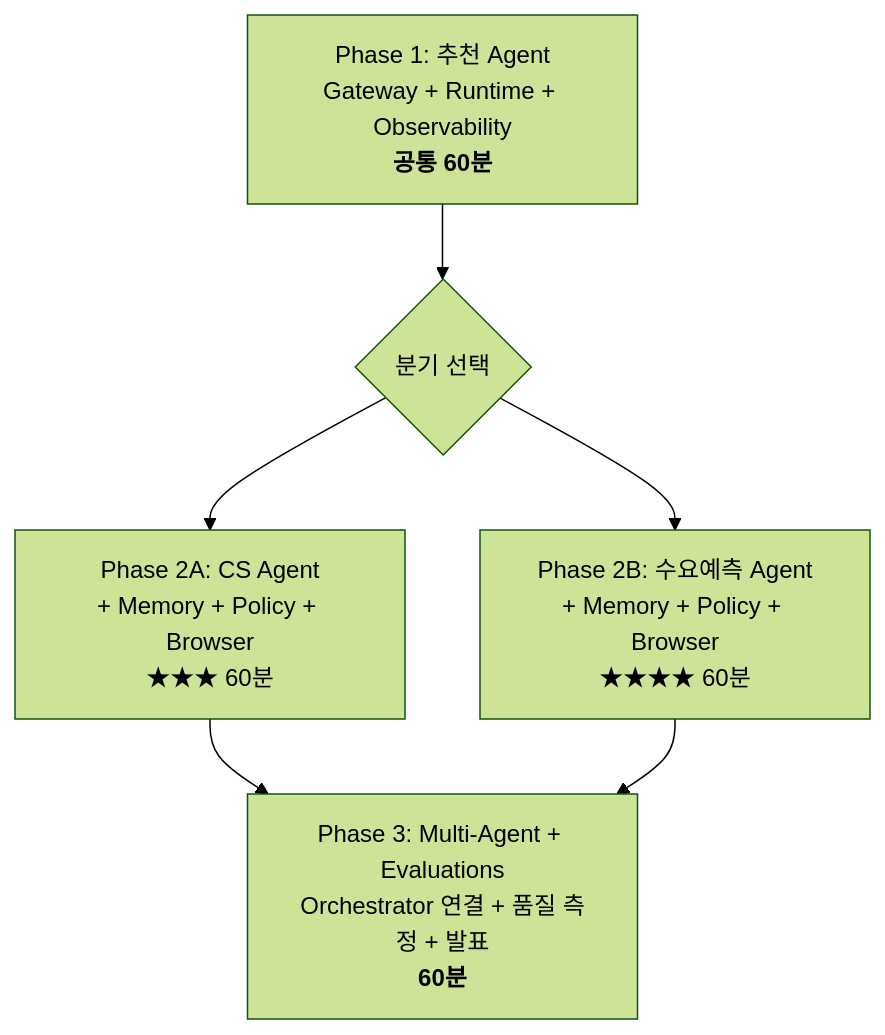
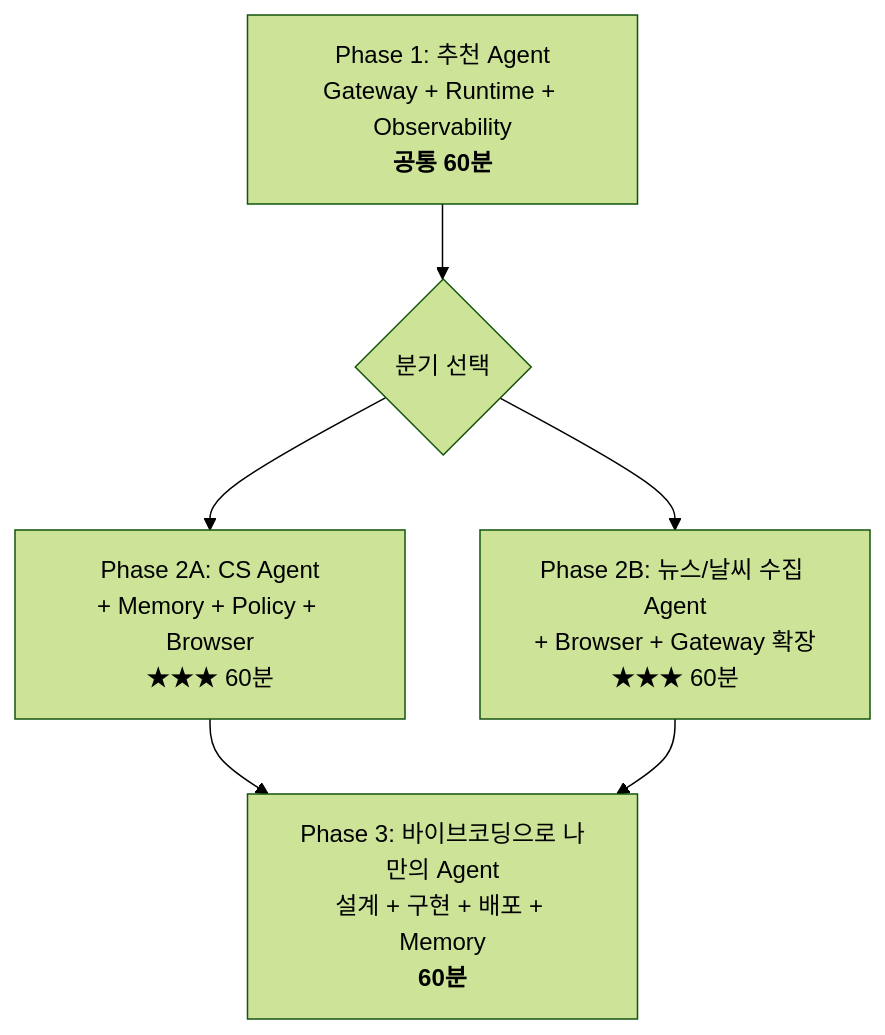
Before and after one commit to kjhyuok/rcg-agentcore-workshop-guide: the diagram in docs/index.md, drawn with Mermaid (forest theme). The commit also changed other lines of this file and 28 other files, not shown here.

````diff
--- a/docs/index.md
+++ b/docs/index.md
@@ -50,8 +48,8 @@
 ```mermaid
 graph TD
     A["Phase 1: 추천 Agent<br/>Gateway + Runtime + Observability<br/><b>공통 60분</b>"] --> B{분기 선택}
     B --> C["Phase 2A: CS Agent<br/>+ Memory + Policy + Browser<br/>★★★ 60분"]
-    B --> D["Phase 2B: 수요예측 Agent<br/>+ Memory + Policy + Browser<br/>★★★★ 60분"]
-    C --> E["Phase 3: Multi-Agent + Evaluations<br/>Orchestrator 연결 + 품질 측정 + 발표<br/><b>60분</b>"]
+    B --> D["Phase 2B: 뉴스/날씨 수집 Agent<br/>+ Browser + Gateway 확장<br/>★★★ 60분"]
+    C --> E["Phase 3: 바이브코딩으로 나만의 Agent<br/>설계 + 구현 + 배포 + Memory<br/><b>60분</b>"]
     D --> E
 ```
````
